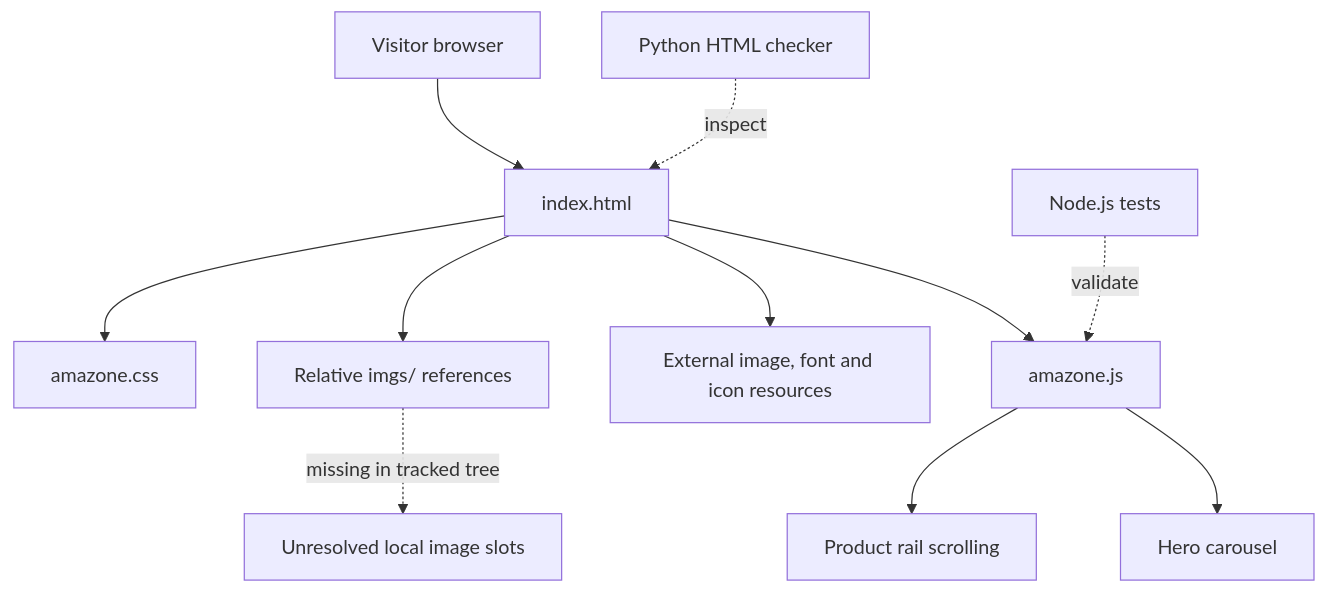
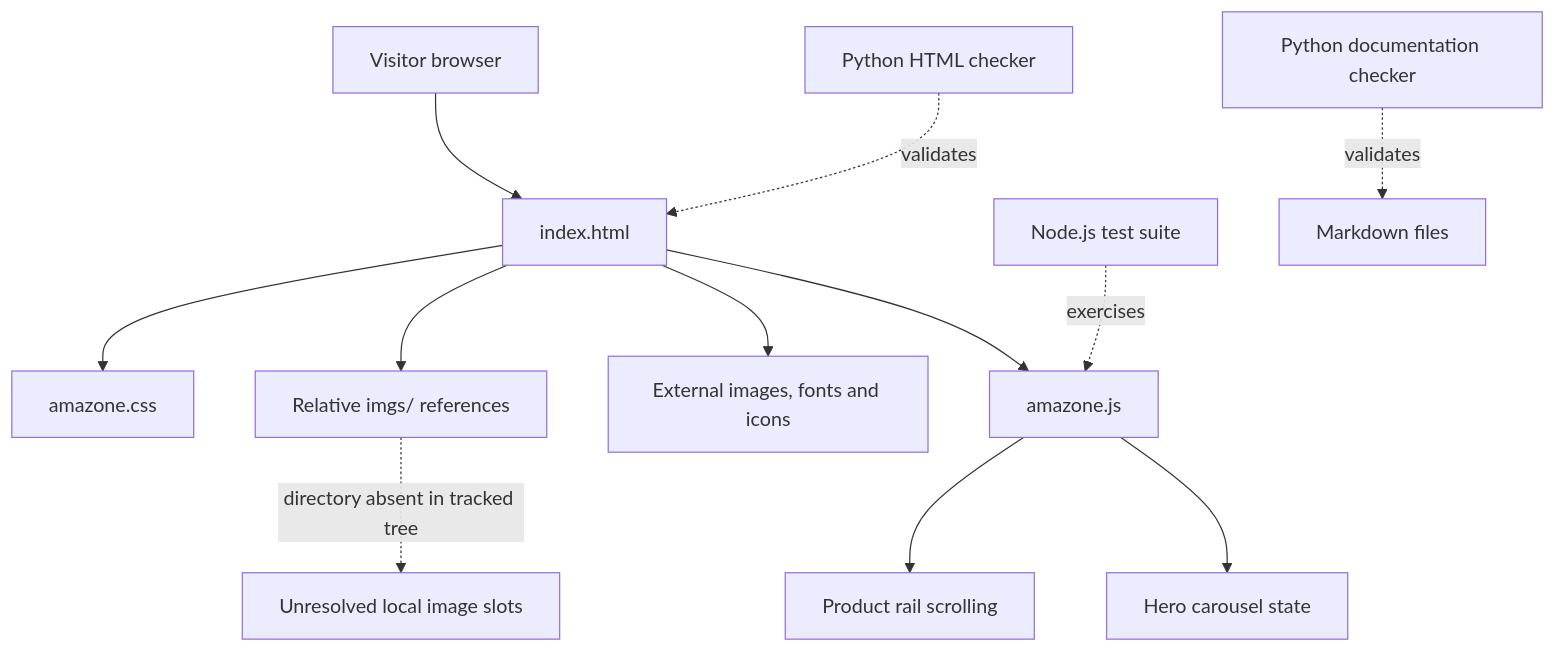
The first of 3 diagrams in README.md (Brajesh31/Amazon_Clone), drawn with Mermaid before and after one commit. The commit also changed other lines of this file, not shown here.

````diff
--- a/README.md
+++ b/README.md
@@ -83,13 +108,14 @@
 ```mermaid
 flowchart TD
     Visitor[Visitor browser] --> HTML[index.html]
     HTML --> CSS[amazone.css]
     HTML --> JS[amazone.js]
-    HTML --> Remote[External image, font and icon resources]
+    HTML --> Remote[External images, fonts and icons]
     HTML --> Local[Relative imgs/ references]
-    JS --> Carousel[Hero carousel]
+    JS --> Carousel[Hero carousel state]
     JS --> Rails[Product rail scrolling]
-    Tests[Node.js tests] -. validate .-> JS
-    Checker[Python HTML checker] -. inspect .-> HTML
-    Local -. missing in tracked tree .-> Broken[Unresolved local image slots]
+    Tests[Node.js test suite] -. exercises .-> JS
+    HTMLCheck[Python HTML checker] -. validates .-> HTML
+    DocsCheck[Python documentation checker] -. validates .-> Docs[Markdown files]
+    Local -. directory absent in tracked tree .-> Missing[Unresolved local image slots]
 ```
````
